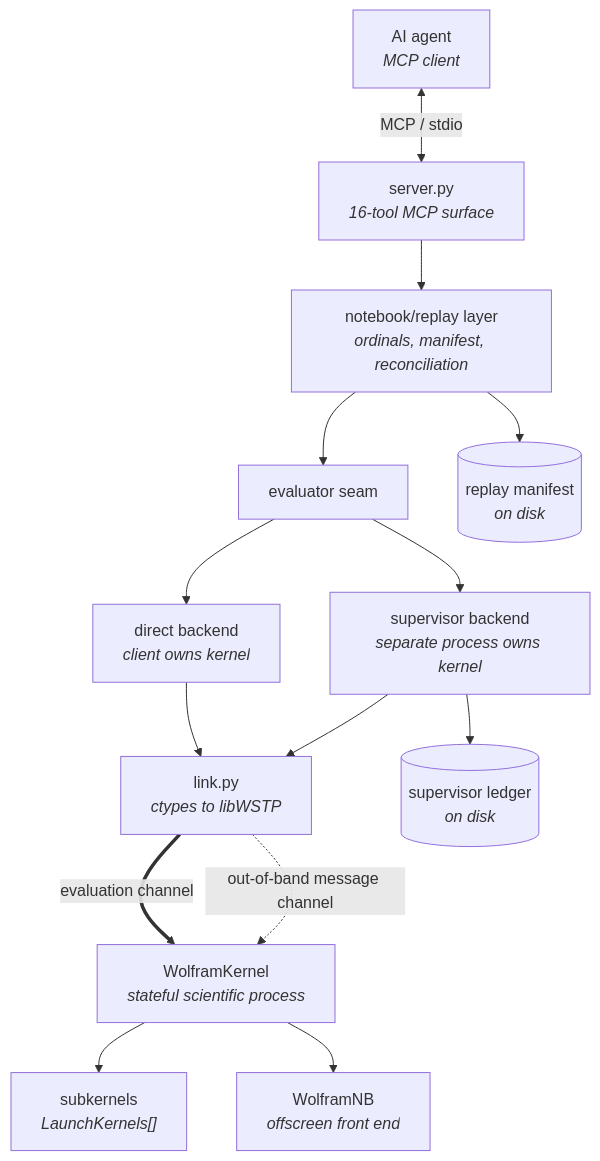
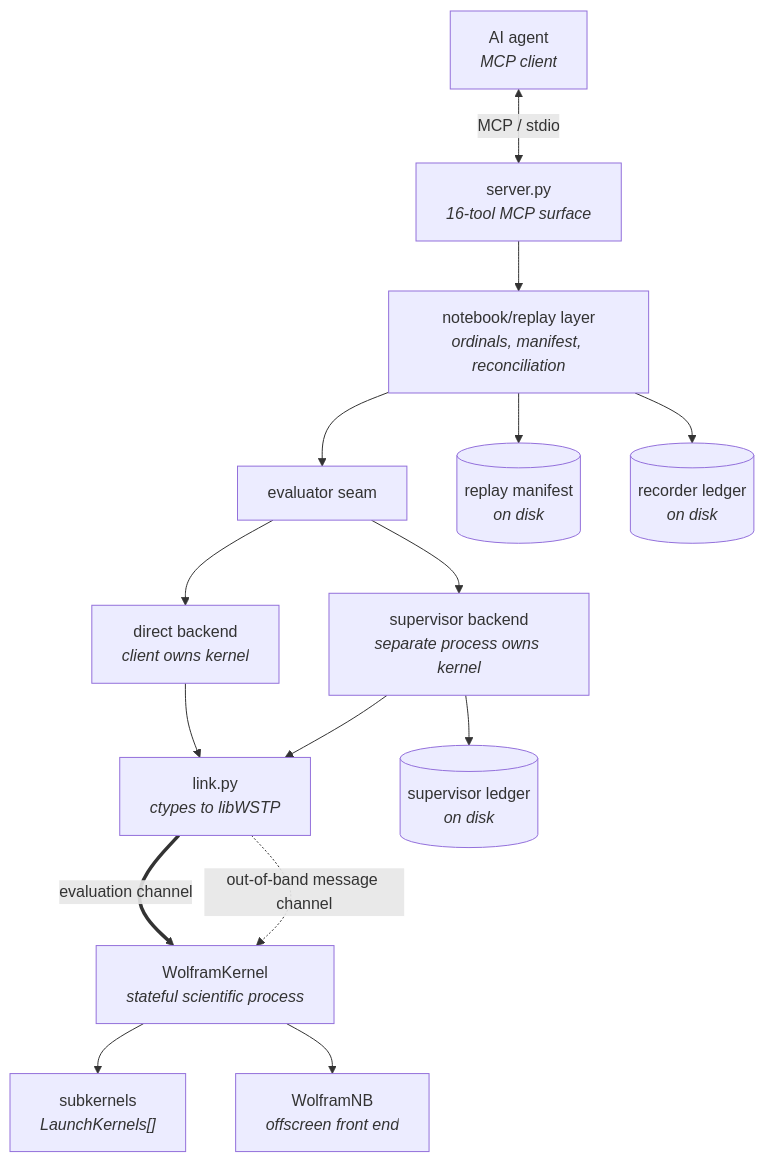
One commit to sudeepan/mathematica-mcp-wstp changed the first of 3 diagrams in docs/architecture.md. Above: the diagram before and after it, drawn with Mermaid. The commit also changed other lines of this file and 2 other files, not shown here.

First line of the commit message:
docs: trim prose the recorder tests now prove

````diff
--- a/docs/architecture.md
+++ b/docs/architecture.md
@@ -21,29 +21,31 @@
 ```mermaid
 flowchart TB
     A["AI agent<br/><i>MCP client</i>"]
     S["server.py<br/><i>16-tool MCP surface</i>"]
     N["notebook/replay layer<br/><i>ordinals, manifest, reconciliation</i>"]
     EV["evaluator seam"]
     D["direct backend<br/><i>client owns kernel</i>"]
     SUP["supervisor backend<br/><i>separate process owns kernel</i>"]
     L["link.py<br/><i>ctypes to libWSTP</i>"]
     K["WolframKernel<br/><i>stateful scientific process</i>"]
     P["subkernels<br/><i>LaunchKernels[]</i>"]
     F["WolframNB<br/><i>offscreen front end</i>"]
     M[("replay manifest<br/><i>on disk</i>")]
     LED[("supervisor ledger<br/><i>on disk</i>")]
+    REC[("recorder ledger<br/><i>on disk</i>")]
 
     A <-->|"MCP / stdio"| S
     S --> N
     N --> EV
     N --> M
+    N --> REC
     EV --> D
     EV --> SUP
     D --> L
     SUP --> L
     SUP --> LED
     L ==>|"evaluation channel"| K
     L -.->|"out-of-band message channel"| K
     K --> P
     K --> F
 ```
````
